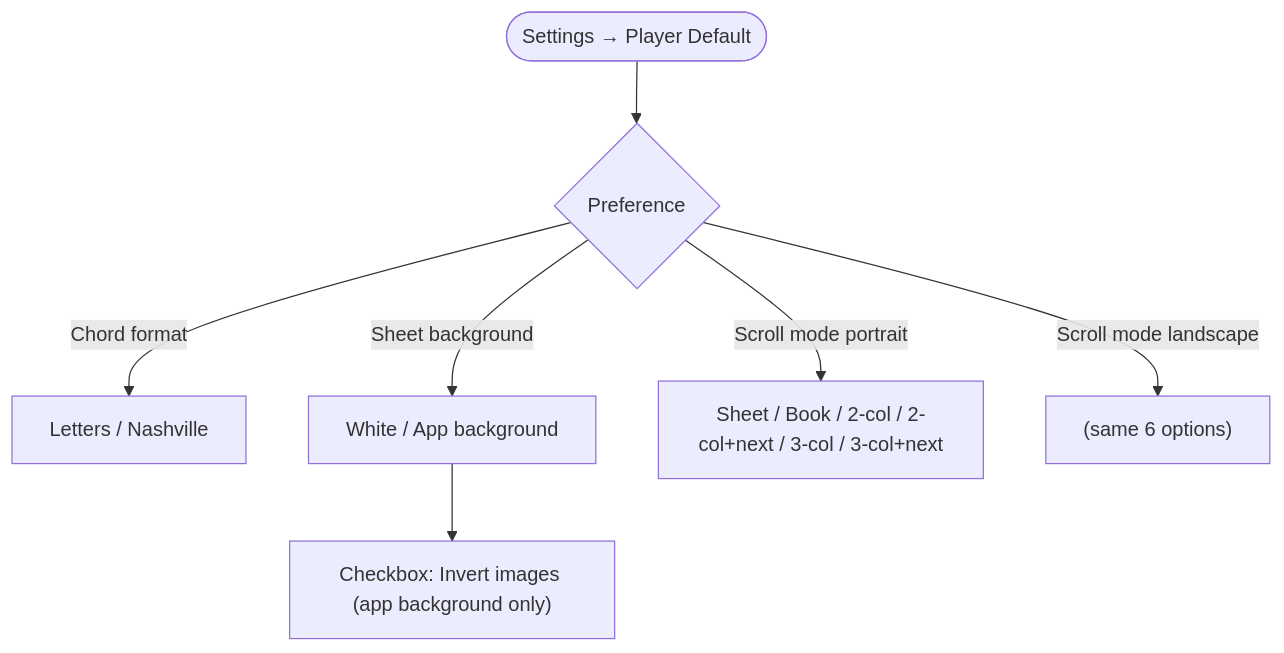
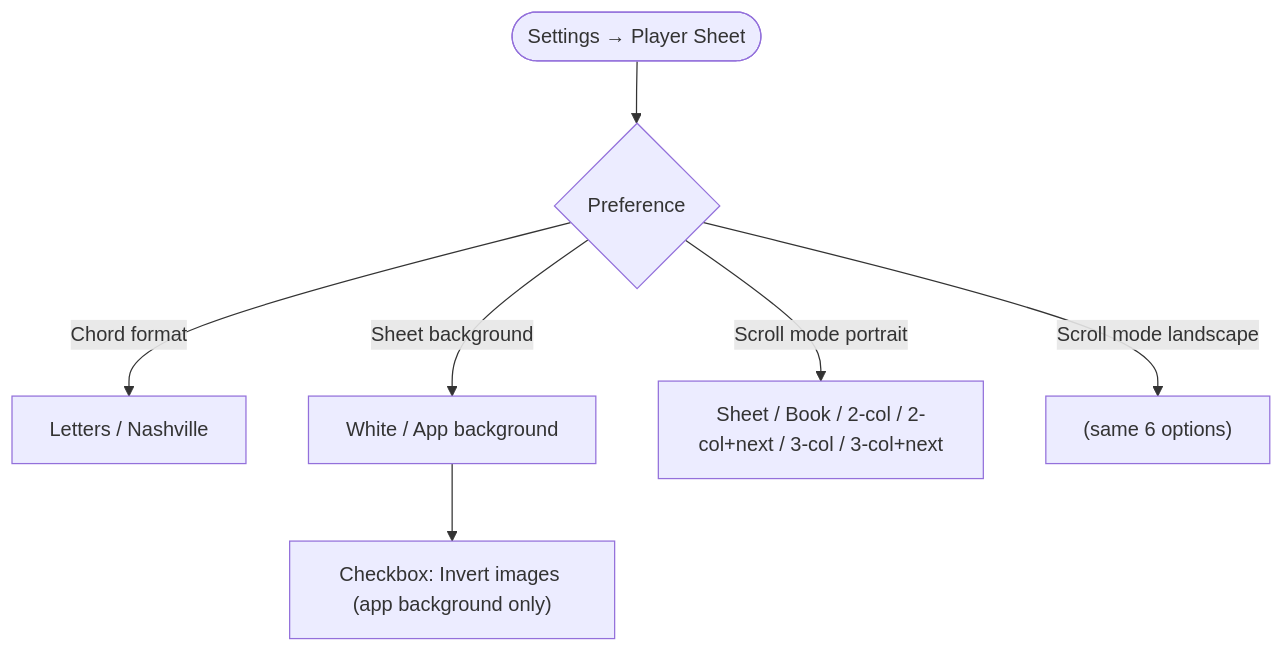
Diagram 42 of 56 in docs/architecture/frontend-user-flows.md (xilefmusics/worship_viewer), drawn with Mermaid before and after one commit. The commit also changed other lines of this file and 39 other files, not shown here.

````diff
--- a/docs/architecture/frontend-user-flows.md
+++ b/docs/architecture/frontend-user-flows.md
@@ -731,9 +731,9 @@
 ```mermaid
 flowchart TD
-    p(["Settings → Player Default"]) --> opt{Preference}
+    p(["Settings → Player Sheet"]) --> opt{Preference}
     opt -->|Chord format| cf["Letters / Nashville"]
     opt -->|Sheet background| sb["White / App background"]
     sb --> inv["Checkbox: Invert images (app background only)"]
     opt -->|Scroll mode portrait| sp["Sheet / Book / 2-col / 2-col+next / 3-col / 3-col+next"]
     opt -->|Scroll mode landscape| sl["(same 6 options)"]
 ```
````
